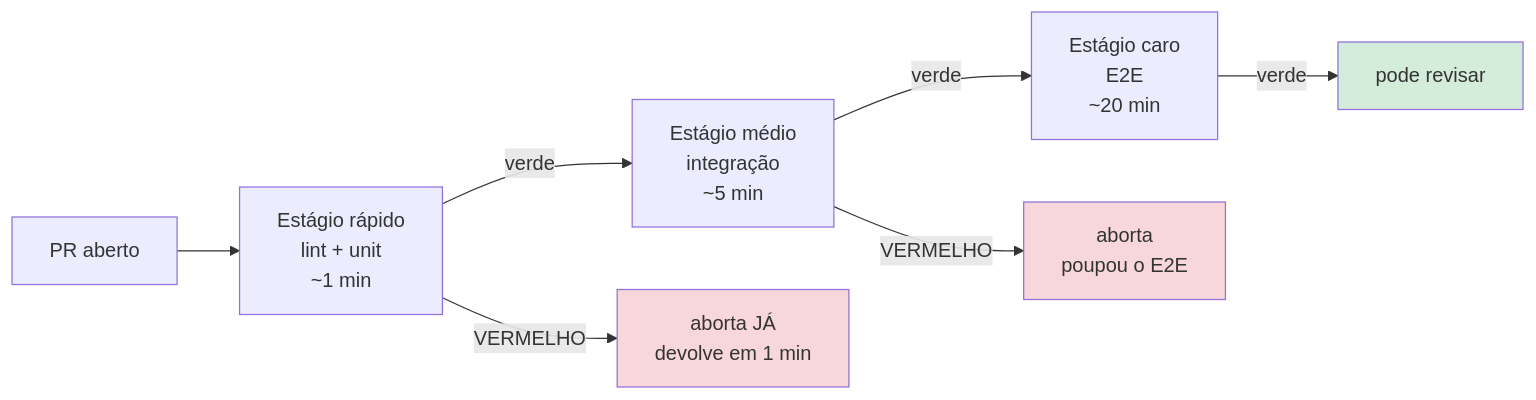
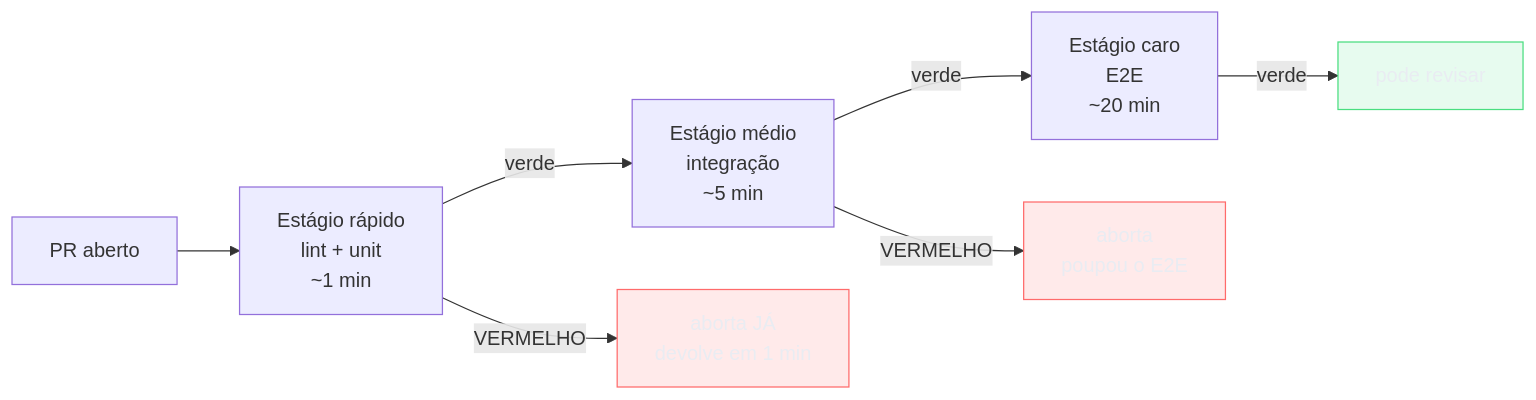
Before and after one commit to josenaldo/codex-technomanticus: the fourth of 8 diagrams in 03-Dominios/Engenharia/Testes/15 - Testes em CI-CD.md, drawn with Mermaid. The commit also changed other lines of this file and 1181 other files, not shown here.

First line of the commit message:
fix(diagramas): paleta do sistema no lugar de cor cravada no markdown

````diff
--- a/03-Dominios/Engenharia/Testes/15 - Testes em CI-CD.md
+++ b/03-Dominios/Engenharia/Testes/15 - Testes em CI-CD.md
@@ -146,12 +151,14 @@
 ```mermaid
 flowchart LR
+    classDef falha fill:#FF6B6B24,stroke:#FF6B6B,color:#E9ECF2
+    classDef ok fill:#4ADE8021,stroke:#4ADE80,color:#E9ECF2
     P["PR aberto"] --> S1["Estágio rápido<br/>lint + unit<br/>~1 min"]
     S1 -->|verde| S2["Estágio médio<br/>integração<br/>~5 min"]
     S1 -->|VERMELHO| X1["aborta JÁ<br/>devolve em 1 min"]
     S2 -->|verde| S3["Estágio caro<br/>E2E<br/>~20 min"]
     S2 -->|VERMELHO| X2["aborta<br/>poupou o E2E"]
     S3 -->|verde| OK["pode revisar"]
-    style X1 fill:#f8d7da
-    style X2 fill:#f8d7da
-    style OK fill:#d4edda
+    class X1 falha
+    class X2 falha
+    class OK ok
 ```
````
